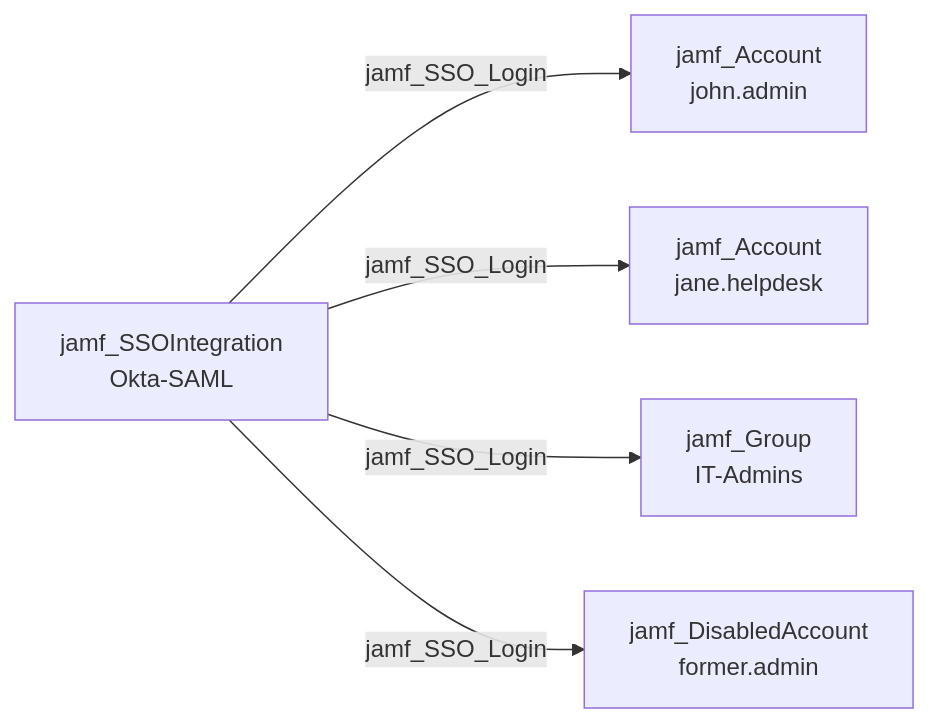
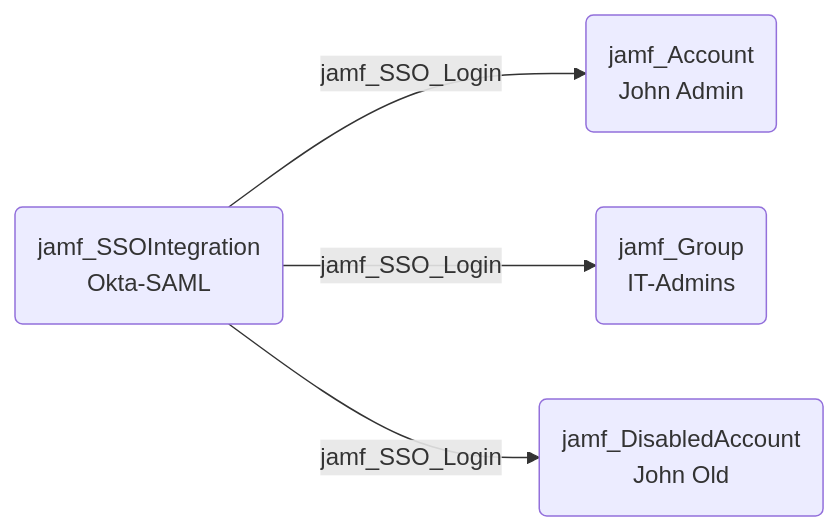
The diagram in docs/opengraph/extensions/jamfhound/reference/edges/jamf_sso_login.mdx (SpecterOps/bloodhound-docs), drawn with Mermaid before and after one commit. The commit also changed 33 other files, not shown here.

Commit message:
Updated documentation with revised mermaid diagrams

````diff
--- a/docs/opengraph/extensions/jamfhound/reference/edges/jamf_sso_login.mdx
+++ b/docs/opengraph/extensions/jamfhound/reference/edges/jamf_sso_login.mdx
@@ -18,7 +18,14 @@
 ```mermaid
 graph LR
-    A["jamf_SSOIntegration\nOkta-SAML"] -->|jamf_SSO_Login| B["jamf_Account\njohn.admin"]
-    A -->|jamf_SSO_Login| C["jamf_Account\njane.helpdesk"]
-    A -->|jamf_SSO_Login| D["jamf_Group\nIT-Admins"]
-    A -->|jamf_SSO_Login| E["jamf_DisabledAccount\nformer.admin"]
+    A("jamf_SSOIntegration
+Okta-SAML")
+    B("jamf_Account
+John Admin")
+    C("jamf_Group
+IT-Admins")
+    D("jamf_DisabledAccount
+John Old")
+    A -- jamf_SSO_Login --> B
+    A -- jamf_SSO_Login --> C
+    A -- jamf_SSO_Login --> D
 ```
````
